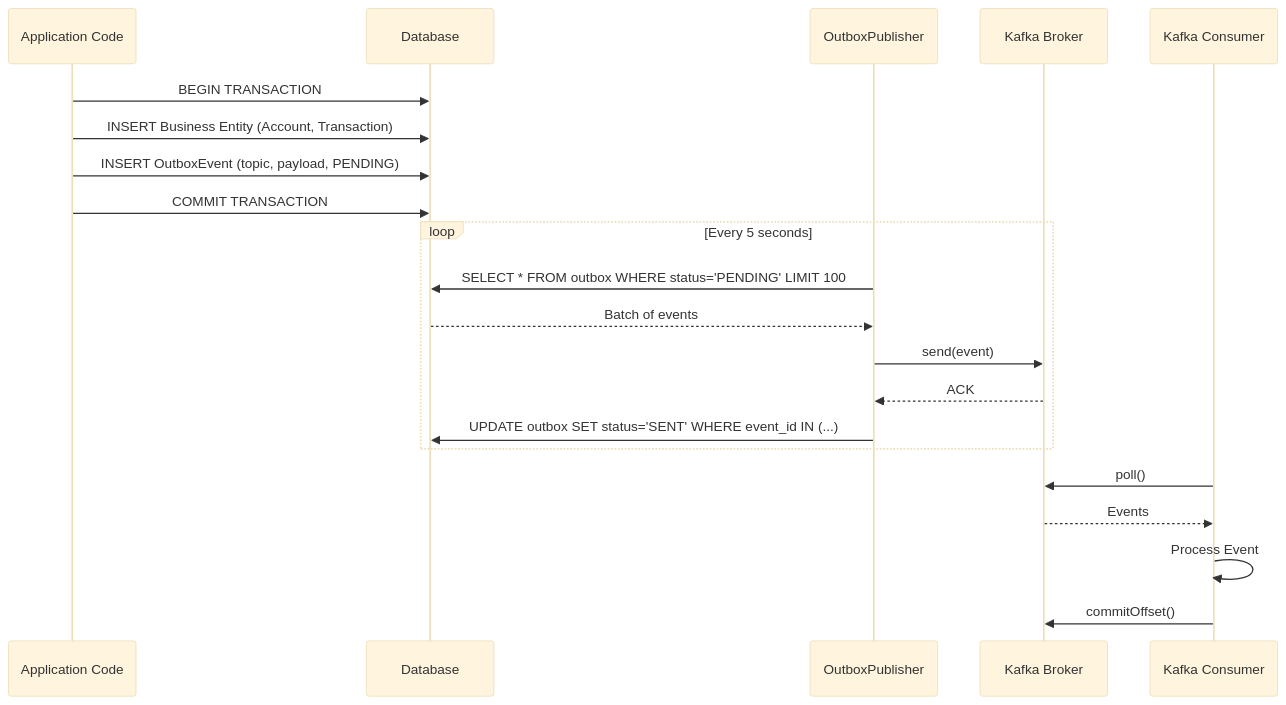
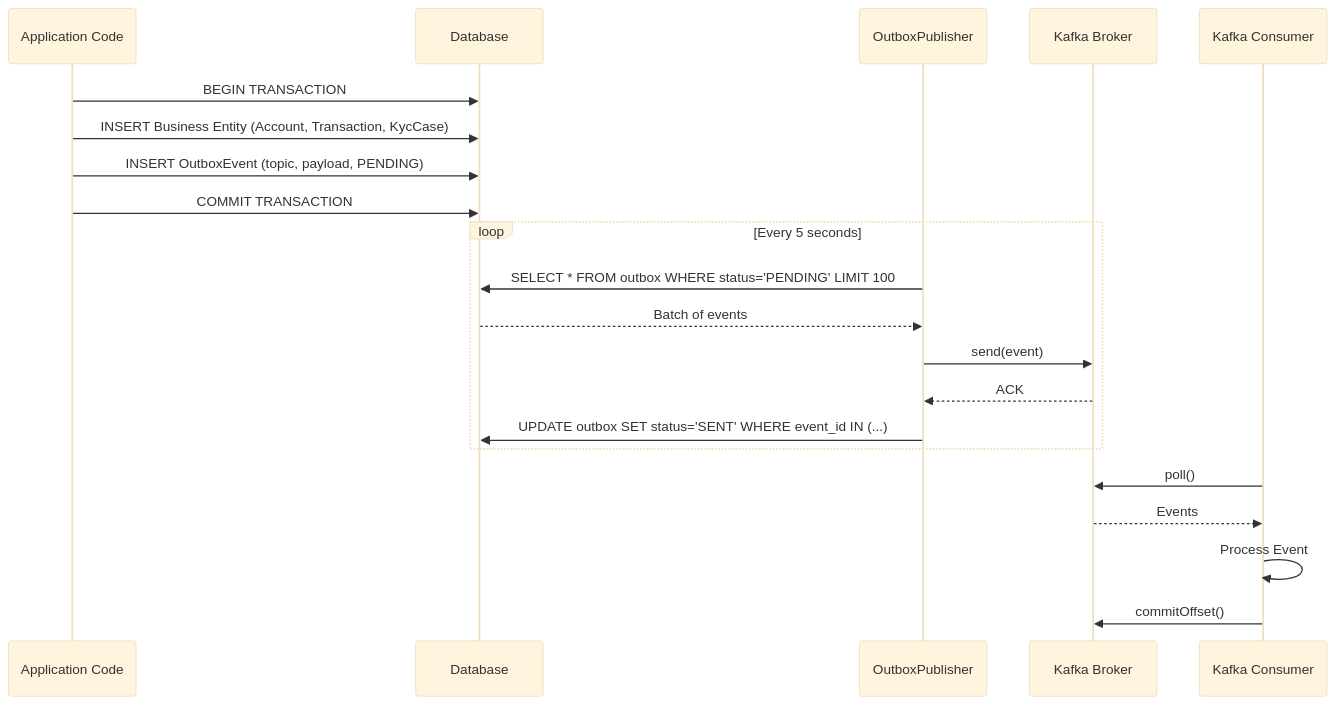
Before and after one commit to Rabbaniinamdar/citi-core-project: the sixth of 18 diagrams in architecture/docs/CITICORE_TARGET_STATE_ARCHITECTURE.md, drawn with Mermaid. The commit also changed other lines of this file and 82 other files, not shown here.

````diff
--- a/architecture/docs/CITICORE_TARGET_STATE_ARCHITECTURE.md
+++ b/architecture/docs/CITICORE_TARGET_STATE_ARCHITECTURE.md
@@ -561,27 +861,27 @@
 ```mermaid
 %%{init: {'theme': 'base'}}%%
 sequenceDiagram
     participant App as Application Code
     participant DB as Database
     participant Publisher as OutboxPublisher
     participant Kafka as Kafka Broker
     participant Consumer as Kafka Consumer
 
     App->>DB: BEGIN TRANSACTION
-    App->>DB: INSERT Business Entity (Account, Transaction)
+    App->>DB: INSERT Business Entity (Account, Transaction, KycCase)
     App->>DB: INSERT OutboxEvent (topic, payload, PENDING)
     App->>DB: COMMIT TRANSACTION
     
     loop Every 5 seconds
         Publisher->>DB: SELECT * FROM outbox WHERE status='PENDING' LIMIT 100
         DB-->>Publisher: Batch of events
         Publisher->>Kafka: send(event)
         Kafka-->>Publisher: ACK
         Publisher->>DB: UPDATE outbox SET status='SENT' WHERE event_id IN (...)
     end
     
     Consumer->>Kafka: poll()
     Kafka-->>Consumer: Events
     Consumer->>Consumer: Process Event
     Consumer->>Kafka: commitOffset()
 ```
````
